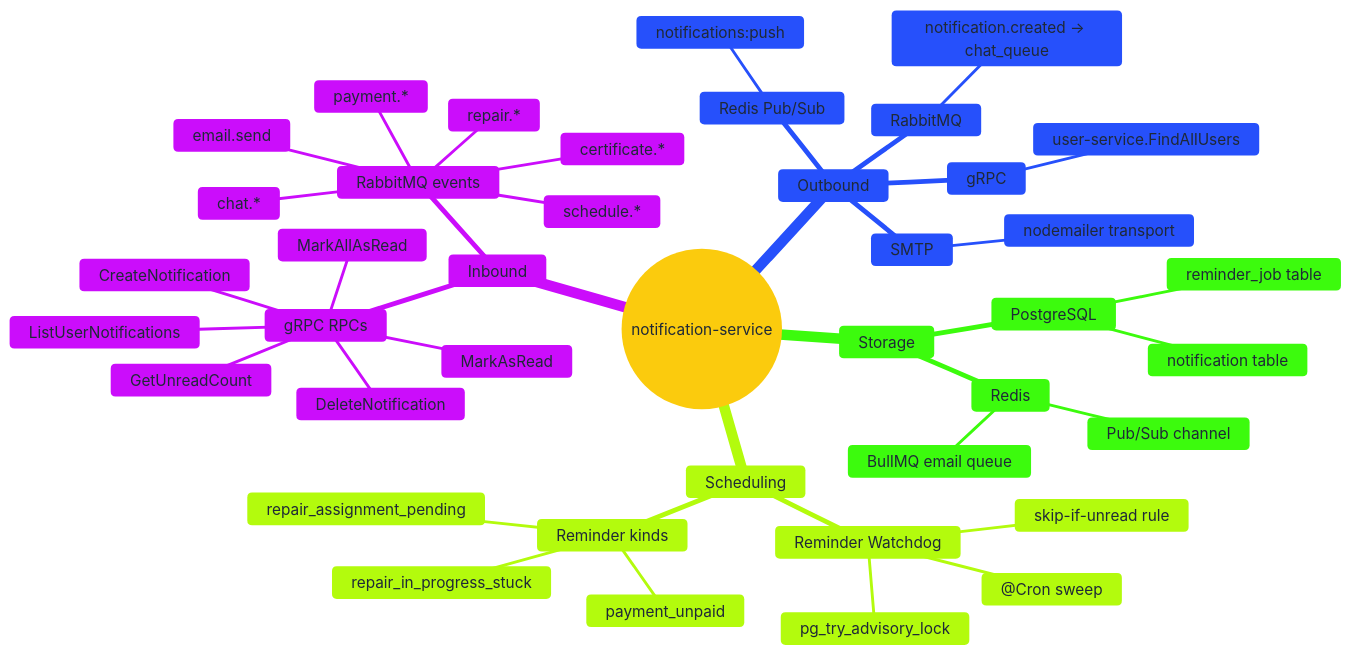
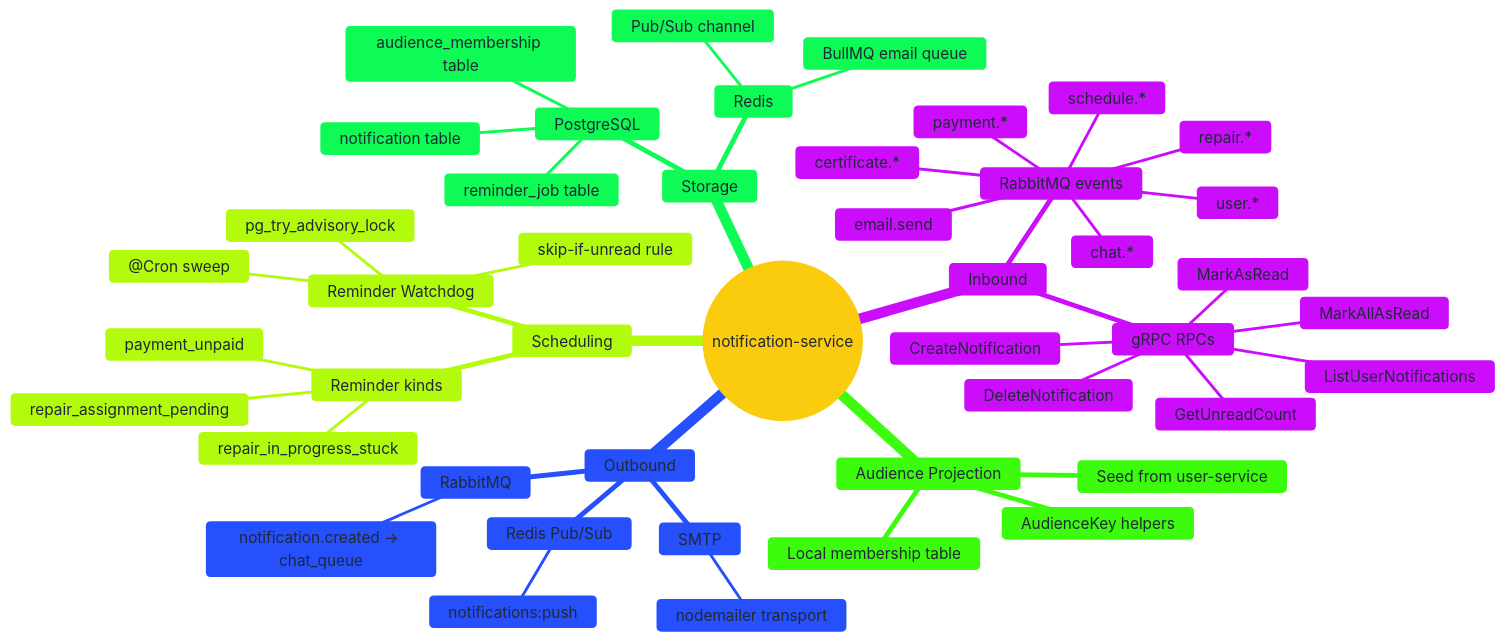
One commit to yolona-oss/asko-rsw changed the first of 21 diagrams in apps/notification-service/README.md. Above: the diagram before and after it, drawn with Mermaid. The commit also changed other lines of this file and 37 other files, not shown here.

````diff
--- a/apps/notification-service/README.md
+++ b/apps/notification-service/README.md
@@ -44,45 +45,49 @@
 ```mermaid
 %%{init: {'theme':'base', 'themeVariables': { 'primaryColor':'#fde68a','primaryTextColor':'#1f2937','primaryBorderColor':'#b45309','lineColor':'#b45309'}}}%%
 mindmap
   root((notification-service))
     Inbound
       gRPC RPCs
         CreateNotification
         ListUserNotifications
         MarkAsRead
         MarkAllAsRead
         GetUnreadCount
         DeleteNotification
       RabbitMQ events
         repair.*
         payment.*
         certificate.*
         chat.*
         schedule.*
+        user.*
         email.send
     Outbound
       Redis Pub/Sub
         notifications:push
       RabbitMQ
         notification.created → chat_queue
       SMTP
         nodemailer transport
-      gRPC
-        user-service.FindAllUsers
     Scheduling
       Reminder Watchdog
         @Cron sweep
         pg_try_advisory_lock
         skip-if-unread rule
       Reminder kinds
         payment_unpaid
         repair_assignment_pending
         repair_in_progress_stuck
+    Audience Projection
+      Local membership table
+      AudienceKey helpers
+      Seed from user-service
     Storage
       PostgreSQL
         notification table
         reminder_job table
+        audience_membership table
       Redis
         BullMQ email queue
         Pub/Sub channel
 ```
````
